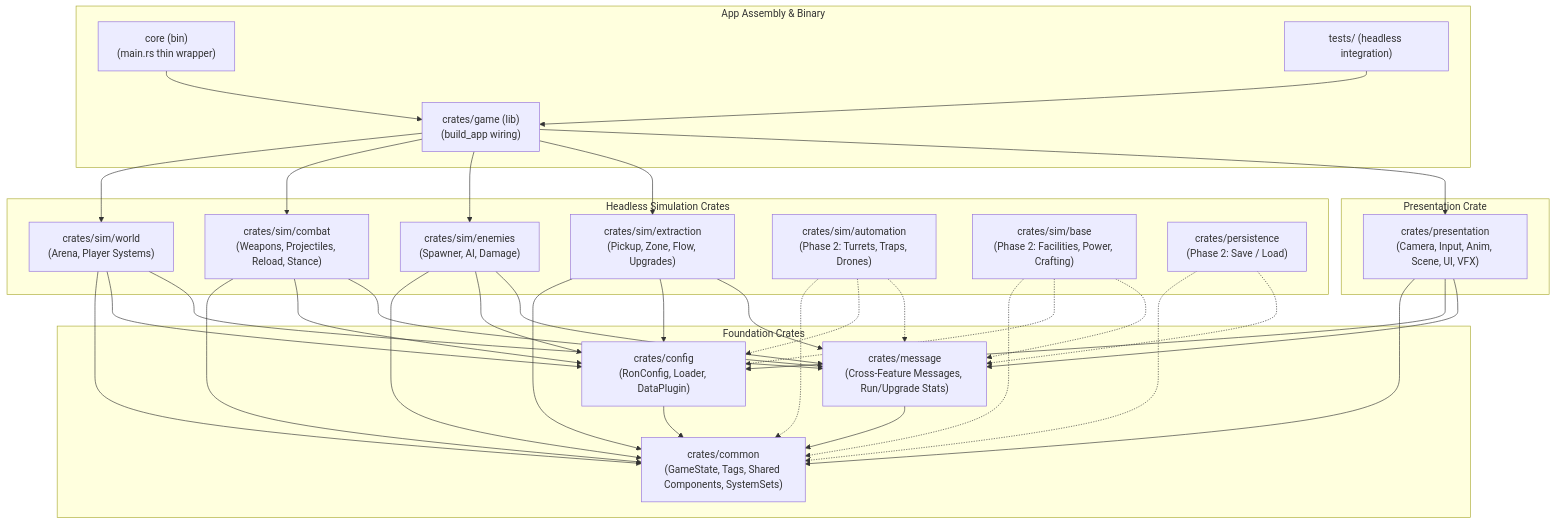
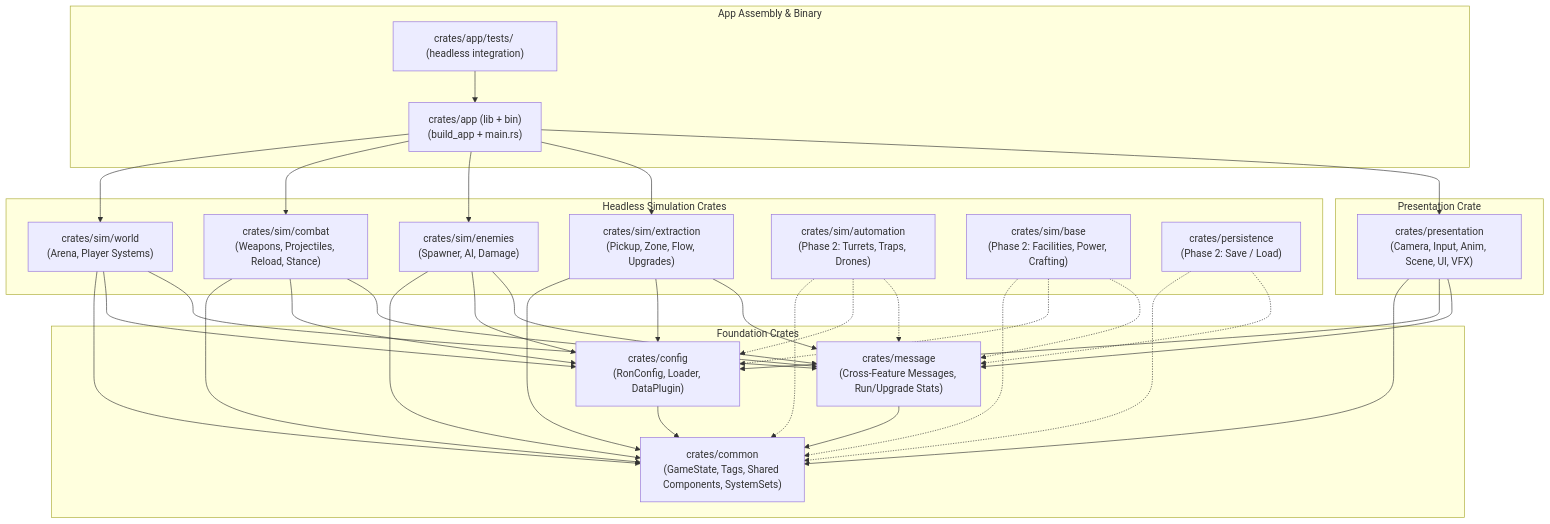
The diagram in openspec/changes/refactor-project-layout/design.md (sharrlotte/AGameProject), drawn with Mermaid before and after one commit. The commit also changed other lines of this file and 28 other files, not shown here.

First line of the commit message:
feat(app): initialize Bevy application with core plugins and features

````diff
--- a/openspec/changes/refactor-project-layout/design.md
+++ b/openspec/changes/refactor-project-layout/design.md
@@ -85,45 +85,43 @@
 ```mermaid
 graph TD
     subgraph "Foundation Crates"
         common["crates/common<br/>(GameState, Tags, Shared Components, SystemSets)"]
         config["crates/config<br/>(RonConfig, Loader, DataPlugin)"]
         message["crates/message<br/>(Cross-Feature Messages, Run/Upgrade Stats)"]
     end
 
     config --> common
     message --> common
 
     subgraph "Headless Simulation Crates"
         world["crates/sim/world<br/>(Arena, Player Systems)"]
         combat["crates/sim/combat<br/>(Weapons, Projectiles, Reload, Stance)"]
         enemies["crates/sim/enemies<br/>(Spawner, AI, Damage)"]
         extraction["crates/sim/extraction<br/>(Pickup, Zone, Flow, Upgrades)"]
         automation["crates/sim/automation<br/>(Phase 2: Turrets, Traps, Drones)"]
         base["crates/sim/base<br/>(Phase 2: Facilities, Power, Crafting)"]
         persistence["crates/persistence<br/>(Phase 2: Save / Load)"]
     end
 
     world --> common & config & message
     combat --> common & config & message
     enemies --> common & config & message
     extraction --> common & config & message
     automation -.-> common & config & message
     base -.-> common & config & message
     persistence -.-> common & message
 
     subgraph "Presentation Crate"
         presentation["crates/presentation<br/>(Camera, Input, Anim, Scene, UI, VFX)"]
     end
 
     presentation --> common & config & message
 
     subgraph "App Assembly & Binary"
-        game_lib["crates/game (lib)<br/>(build_app wiring)"]
-        core_bin["core (bin)<br/>(main.rs thin wrapper)"]
-        tests["tests/ (headless integration)"]
+        app_crate["crates/app (lib + bin)<br/>(build_app + main.rs)"]
+        tests["crates/app/tests/ (headless integration)"]
     end
 
-    game_lib --> world & combat & enemies & extraction & presentation
-    core_bin --> game_lib
-    tests --> game_lib
+    app_crate --> world & combat & enemies & extraction & presentation
+    tests --> app_crate
 ```
````
